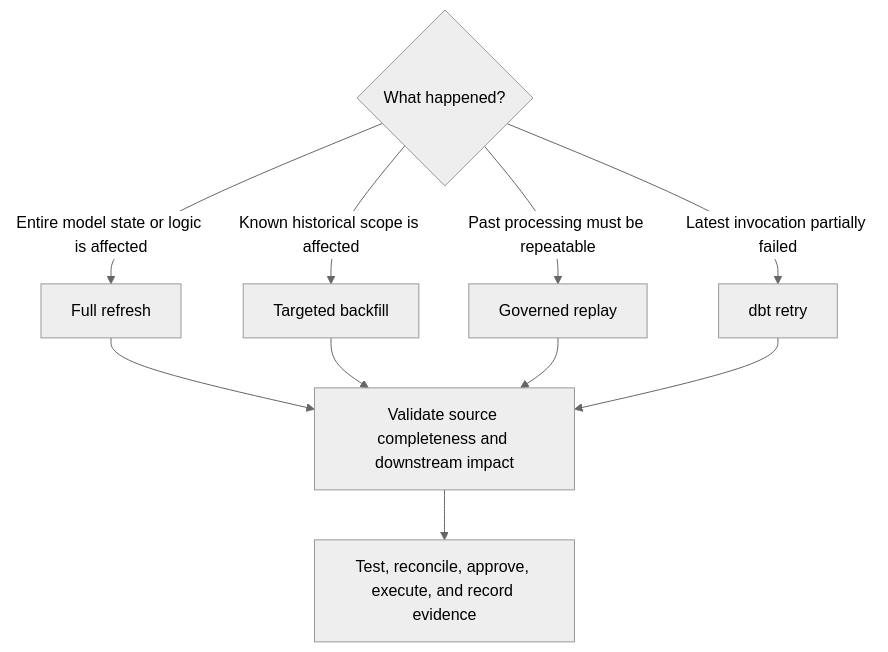
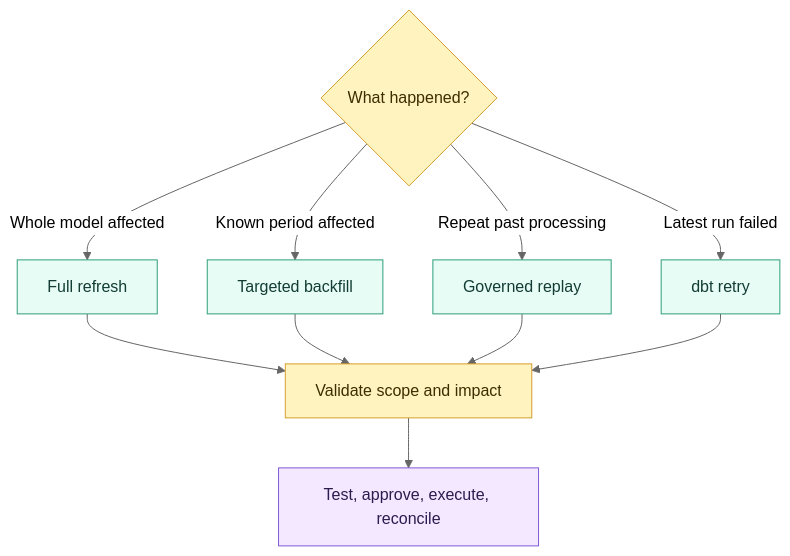
One commit to shonningsoy/Upskill changed the first of 2 diagrams in 02 dbt/04 Incremental Processing and Performance/39 Full Refreshes Backfills and Replay.md. Above: the diagram before and after it, drawn with Mermaid (neutral theme). The commit also changed other lines of this file and 31 other files, not shown here.

````diff
--- a/02 dbt/04 Incremental Processing and Performance/39 Full Refreshes Backfills and Replay.md
+++ b/02 dbt/04 Incremental Processing and Performance/39 Full Refreshes Backfills and Replay.md
@@ -71,13 +72,22 @@
 ```mermaid
 flowchart TD
     A{What happened?}
-    A -->|Entire model state or logic is affected| B["Full refresh"]
-    A -->|Known historical scope is affected| C["Targeted backfill"]
-    A -->|Past processing must be repeatable| D["Governed replay"]
-    A -->|Latest invocation partially failed| E["dbt retry"]
-    B --> F["Validate source completeness and downstream impact"]
+    A -->|Whole model affected| B[Full refresh]
+    A -->|Known period affected| C[Targeted backfill]
+    A -->|Repeat past processing| D[Governed replay]
+    A -->|Latest run failed| E[dbt retry]
+    B --> F[Validate scope and impact]
     C --> F
     D --> F
     E --> F
-    F --> G["Test, reconcile, approve, execute, and record evidence"]
+    F --> G[Test, approve, execute, reconcile]
+
+    classDef input fill:#E8F0FE,stroke:#4C6EF5,color:#172B4D
+    classDef control fill:#FFF3BF,stroke:#D69E2E,color:#3D2E00
+    classDef dbt fill:#E6FCF5,stroke:#2F9E7B,color:#123C34
+    classDef platform fill:#F1F3F5,stroke:#868E96,color:#212529
+    classDef output fill:#F3E8FF,stroke:#805AD5,color:#2D1B4E
+    class A,F control
+    class B,C,D,E dbt
+    class G output
 ```
````
